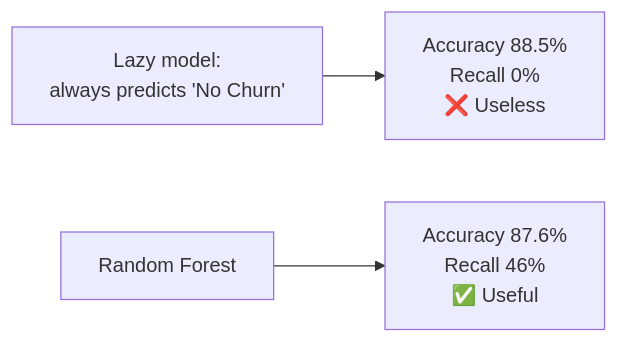
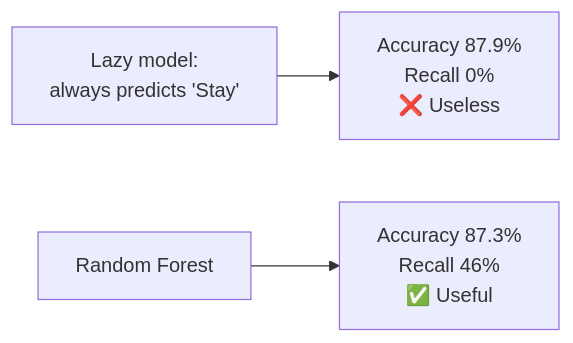
The sixth of 7 diagrams in README.md (sidhantds/Insurance-Churn-Prediction), drawn with Mermaid before and after one commit. The commit also changed other lines of this file, not shown here.

````diff
--- a/README.md
+++ b/README.md
@@ -154,5 +160,5 @@
 ```mermaid
 flowchart LR
-    A["Lazy model:<br/>always predicts 'No Churn'"] --> B["Accuracy 88.5%<br/>Recall 0%<br/>❌ Useless"]
-    C["Random Forest"] --> D["Accuracy 87.6%<br/>Recall 46%<br/>✅ Useful"]
+    A["Lazy model:<br/>always predicts 'Stay'"] --> B["Accuracy 87.9%<br/>Recall 0%<br/>❌ Useless"]
+    C["Random Forest"] --> D["Accuracy 87.3%<br/>Recall 46%<br/>✅ Useful"]
 ```
````
